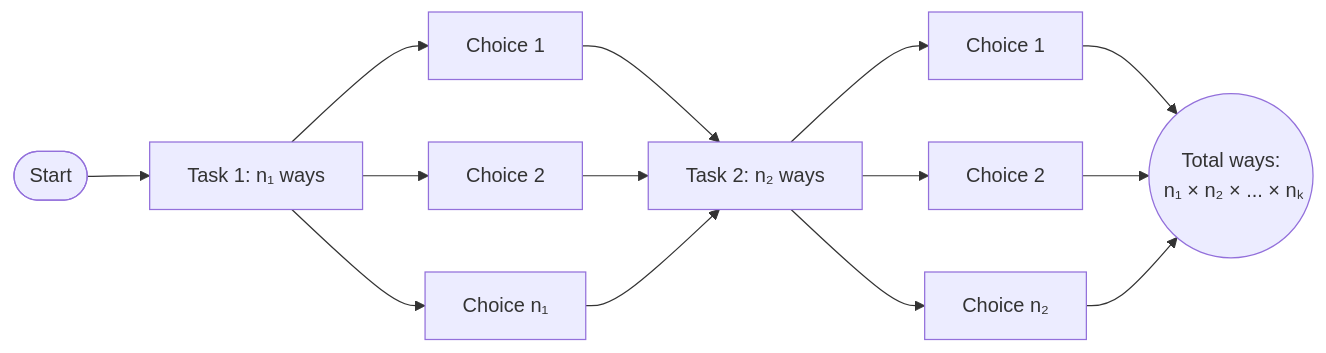
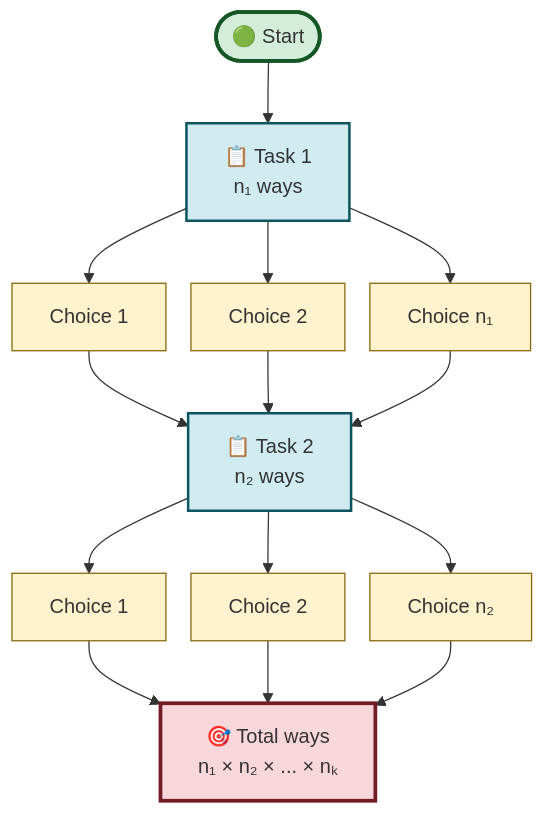
One commit to narjesmath/PSTAT5A changed the diagram in files/lecture_notes/lecture6/lecture6-part1.qmd. Above: the diagram before and after it, drawn with Mermaid. The commit also changed other lines of this file and 16 other files, not shown here.

````diff
--- a/files/lecture_notes/lecture6/lecture6-part1.qmd
+++ b/files/lecture_notes/lecture6/lecture6-part1.qmd
@@ -106,16 +107,30 @@
 ```{mermaid}
-flowchart LR
-    Start([Start]) --> T1["Task 1: n₁ ways"]
-    T1 --> C1[Choice 1]
-    T1 --> C2[Choice 2]
-    T1 --> Cn1[Choice n₁]
-    C1 --> T2["Task 2: n₂ ways"]
+%%{init: {'flowchart': {'nodeSpacing': 20, 'rankSpacing': 50}}}%%
+flowchart TD
+    Start([🟢 Start]) --> T1[📋 Task 1<br/>n₁ ways]
+    T1 --> C1[Choice 1]
+    T1 --> C2[Choice 2]
+    T1 --> Cn1[Choice n₁]
+    
+    C1 --> T2[📋 Task 2<br/>n₂ ways]
     C2 --> T2
     Cn1 --> T2
-    T2 --> C21[Choice 1]
-    T2 --> C22[Choice 2]
-    T2 --> C2n[Choice n₂]
-    C21 --> Total(("Total ways:\n n₁ × n₂ × ... × nₖ"))
+    
+    T2 --> C21[Choice 1]
+    T2 --> C22[Choice 2]
+    T2 --> C2n[Choice n₂]
+    
+    C21 --> Total[🎯 Total ways<br/>n₁ × n₂ × ... × nₖ]
     C22 --> Total
     C2n --> Total
+    
+    classDef start fill:#d4edda,stroke:#155724,stroke-width:3px
+    classDef task fill:#d1ecf1,stroke:#0c5460,stroke-width:2px
+    classDef choice fill:#fff3cd,stroke:#856404,stroke-width:1px
+    classDef total fill:#f8d7da,stroke:#721c24,stroke-width:3px
+    
+    class Start start
+    class T1,T2 task
+    class C1,C2,Cn1,C21,C22,C2n choice
+    class Total total
 ```
````
